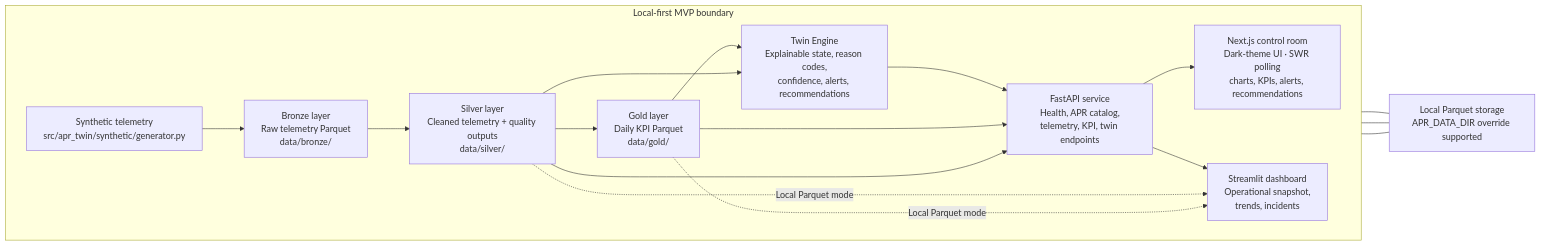
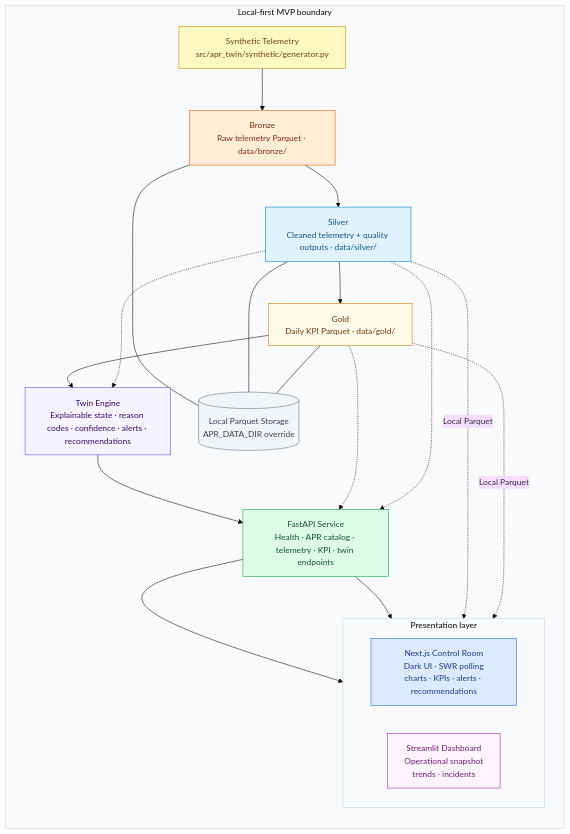
One commit to sergiodelgado/apr-digital-twin changed the diagram in docs/images/architecture-diagram.mmd. Above: the diagram before and after it, drawn with Mermaid. The commit also changed 1 other file, not shown here.

Commit message:
docs: redesign architecture diagram with TB layers and light palette
Switch to top-down layout so each pipeline layer reads vertically.
Add distinct light fill colors per layer (yellow → bronze → blue →
gold → purple → green → blue/pink). Group Next.js and Streamlit in a
Presentation layer subgraph. Dashed arrows show optional shortcuts and
Local Parquet mode paths.

```diff
--- a/docs/images/architecture-diagram.mmd
+++ b/docs/images/architecture-diagram.mmd
@@ -1,27 +1,47 @@
-flowchart LR
+%%{init: {'theme': 'base', 'themeVariables': {'clusterBkg': '#f8fafc', 'clusterBorder': '#cbd5e1', 'fontSize': '15px'}}}%%
+flowchart TB
+    classDef gen    fill:#fef9c3,stroke:#ca8a04,color:#713f12
+    classDef brnz   fill:#ffedd5,stroke:#ea580c,color:#7c2d12
+    classDef slvr   fill:#e0f2fe,stroke:#0284c7,color:#075985
+    classDef gld    fill:#fefce8,stroke:#d97706,color:#78350f
+    classDef twn    fill:#f5f3ff,stroke:#7c3aed,color:#3b0764
+    classDef svc    fill:#dcfce7,stroke:#16a34a,color:#14532d
+    classDef fe     fill:#dbeafe,stroke:#2563eb,color:#1e3a8a
+    classDef dash   fill:#fdf4ff,stroke:#a21caf,color:#701a75
+    classDef stor   fill:#f1f5f9,stroke:#64748b,color:#334155
+
     subgraph local["Local-first MVP boundary"]
-        direction LR
+        direction TB
 
-        synthetic["Synthetic telemetry\nsrc/apr_twin/synthetic/generator.py"]
-        bronze["Bronze layer\nRaw telemetry Parquet\ndata/bronze/"]
-        silver["Silver layer\nCleaned telemetry + quality outputs\ndata/silver/"]
-        gold["Gold layer\nDaily KPI Parquet\ndata/gold/"]
-        twin["Twin Engine\nExplainable state, reason codes,\nconfidence, alerts, recommendations"]
-        api["FastAPI service\nHealth, APR catalog,\ntelemetry, KPI, twin endpoints"]
-        frontend["Next.js control room\nDark-theme UI · SWR polling\ncharts, KPIs, alerts, recommendations"]
-        dashboard["Streamlit dashboard\nOperational snapshot,\ntrends, incidents"]
+        synthetic["Synthetic Telemetry\nsrc/apr_twin/synthetic/generator.py"]:::gen
+
+        bronze["Bronze\nRaw telemetry Parquet · data/bronze/"]:::brnz
+
+        silver["Silver\nCleaned telemetry + quality outputs · data/silver/"]:::slvr
+
+        gold["Gold\nDaily KPI Parquet · data/gold/"]:::gld
+
+        twin["Twin Engine\nExplainable state · reason codes · confidence · alerts · recommendations"]:::twn
+
+        api["FastAPI Service\nHealth · APR catalog · telemetry · KPI · twin endpoints"]:::svc
+
+        subgraph presentation["Presentation layer"]
+            direction LR
+            frontend["Next.js Control Room\nDark UI · SWR polling\ncharts · KPIs · alerts · recommendations"]:::fe
+            dashboard["Streamlit Dashboard\nOperational snapshot\ntrends · incidents"]:::dash
+        end
+
+        storage[("Local Parquet Storage\nAPR_DATA_DIR override")]:::stor
 
         synthetic --> bronze --> silver --> gold --> twin --> api
+        silver -.-> twin
+        gold -.-> api
+        silver -.-> api
         api --> frontend
         api --> dashboard
-        silver --> twin
-        gold --> api
-        silver --> api
-        silver -. Local Parquet mode .-> dashboard
-        gold -. Local Parquet mode .-> dashboard
+        silver -. Local Parquet .-> dashboard
+        gold -. Local Parquet .-> dashboard
+        bronze --- storage
+        silver --- storage
+        gold --- storage
     end
-
-    storage["Local Parquet storage\nAPR_DATA_DIR override supported"]
-    bronze --- storage
-    silver --- storage
-    gold --- storage
```
